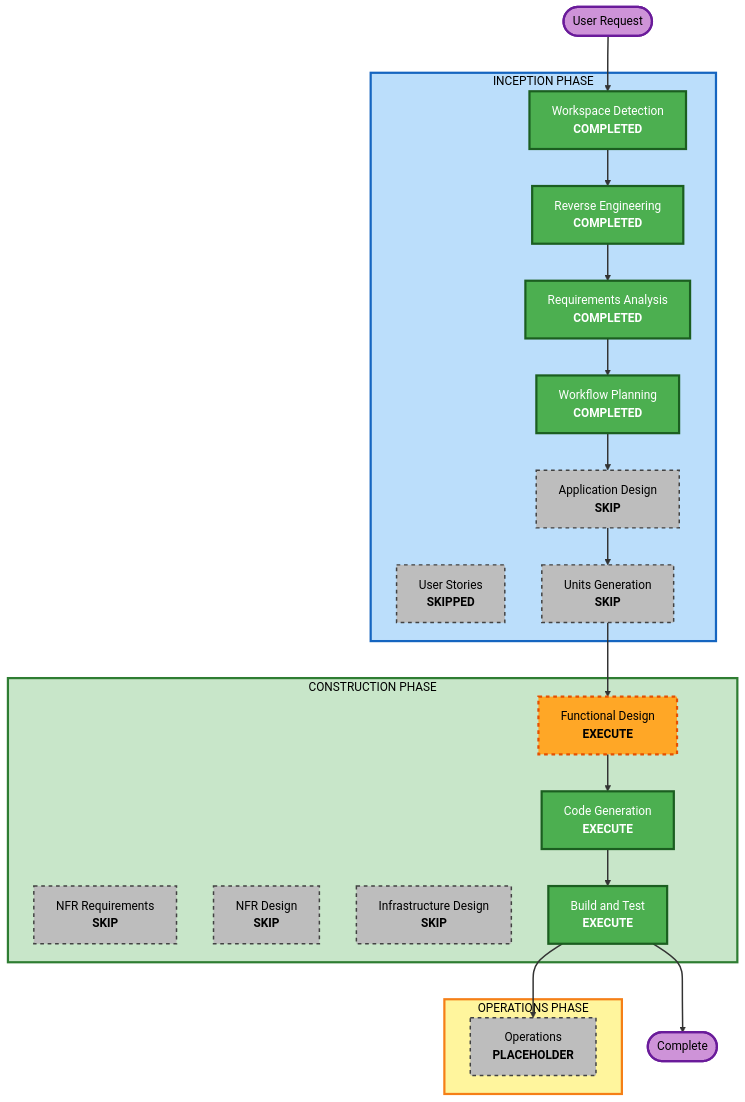
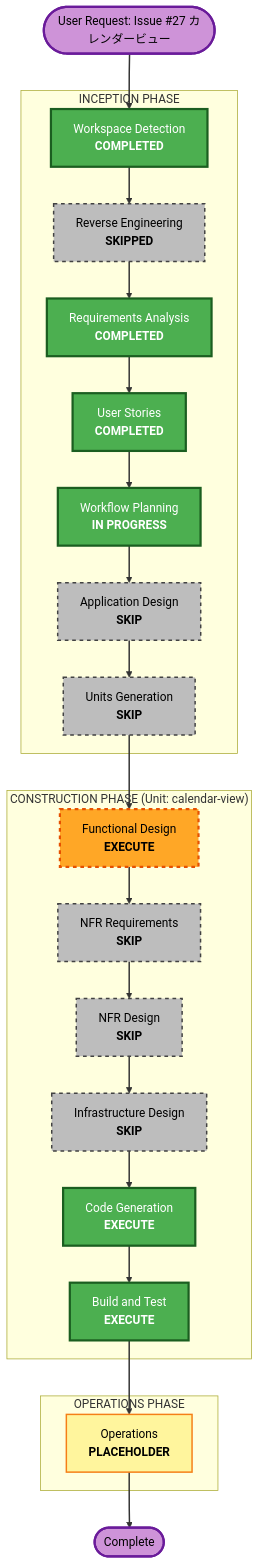
The diagram in Docs/spec/aidlc-docs/inception/plans/execution-plan.md (CHS-Training-Org/ai_training_for_chuo_system), drawn with Mermaid before and after one commit. The commit also changed other lines of this file and 19 other files, not shown here.

````diff
--- a/Docs/spec/aidlc-docs/inception/plans/execution-plan.md
+++ b/Docs/spec/aidlc-docs/inception/plans/execution-plan.md
@@ -45,61 +45,62 @@
 ```mermaid
 flowchart TD
-    Start(["User Request"])
+    Start(["User Request: Issue #27 カレンダービュー"])
 
     subgraph INCEPTION["INCEPTION PHASE"]
         WD["Workspace Detection<br/><b>COMPLETED</b>"]
-        RE["Reverse Engineering<br/><b>COMPLETED</b>"]
+        RE["Reverse Engineering<br/><b>SKIPPED</b>"]
         RA["Requirements Analysis<br/><b>COMPLETED</b>"]
-        US["User Stories<br/><b>SKIPPED</b>"]
-        WP["Workflow Planning<br/><b>COMPLETED</b>"]
+        US["User Stories<br/><b>COMPLETED</b>"]
+        WP["Workflow Planning<br/><b>IN PROGRESS</b>"]
         AD["Application Design<br/><b>SKIP</b>"]
         UG["Units Generation<br/><b>SKIP</b>"]
     end
 
-    subgraph CONSTRUCTION["CONSTRUCTION PHASE"]
+    subgraph CONSTRUCTION["CONSTRUCTION PHASE (Unit: calendar-view)"]
         FD["Functional Design<br/><b>EXECUTE</b>"]
         NFRA["NFR Requirements<br/><b>SKIP</b>"]
         NFRD["NFR Design<br/><b>SKIP</b>"]
         ID["Infrastructure Design<br/><b>SKIP</b>"]
         CG["Code Generation<br/><b>EXECUTE</b>"]
         BT["Build and Test<br/><b>EXECUTE</b>"]
     end
 
     subgraph OPERATIONS["OPERATIONS PHASE"]
         OPS["Operations<br/><b>PLACEHOLDER</b>"]
     end
 
     Start --> WD
     WD --> RE
     RE --> RA
-    RA --> WP
+    RA --> US
+    US --> WP
     WP --> AD
     AD --> UG
     UG --> FD
-    FD --> CG
+    FD --> NFRA
+    NFRA --> NFRD
+    NFRD --> ID
+    ID --> CG
     CG --> BT
     BT --> OPS
-    BT --> End(["Complete"])
+    OPS --> End(["Complete"])
 
     style WD fill:#4CAF50,stroke:#1B5E20,stroke-width:3px,color:#fff
-    style RE fill:#4CAF50,stroke:#1B5E20,stroke-width:3px,color:#fff
     style RA fill:#4CAF50,stroke:#1B5E20,stroke-width:3px,color:#fff
+    style US fill:#4CAF50,stroke:#1B5E20,stroke-width:3px,color:#fff
     style WP fill:#4CAF50,stroke:#1B5E20,stroke-width:3px,color:#fff
     style CG fill:#4CAF50,stroke:#1B5E20,stroke-width:3px,color:#fff
     style BT fill:#4CAF50,stroke:#1B5E20,stroke-width:3px,color:#fff
-    style US fill:#BDBDBD,stroke:#424242,stroke-width:2px,stroke-dasharray: 5 5,color:#000
+    style FD fill:#FFA726,stroke:#E65100,stroke-width:3px,stroke-dasharray: 5 5,color:#000
+    style RE fill:#BDBDBD,stroke:#424242,stroke-width:2px,stroke-dasharray: 5 5,color:#000
     style AD fill:#BDBDBD,stroke:#424242,stroke-width:2px,stroke-dasharray: 5 5,color:#000
     style UG fill:#BDBDBD,stroke:#424242,stroke-width:2px,stroke-dasharray: 5 5,color:#000
     style NFRA fill:#BDBDBD,stroke:#424242,stroke-width:2px,stroke-dasharray: 5 5,color:#000
     style NFRD fill:#BDBDBD,stroke:#424242,stroke-width:2px,stroke-dasharray: 5 5,color:#000
     style ID fill:#BDBDBD,stroke:#424242,stroke-width:2px,stroke-dasharray: 5 5,color:#000
-    style FD fill:#FFA726,stroke:#E65100,stroke-width:3px,stroke-dasharray: 5 5,color:#000
-    style OPS fill:#BDBDBD,stroke:#424242,stroke-width:2px,stroke-dasharray: 5 5,color:#000
-    style INCEPTION fill:#BBDEFB,stroke:#1565C0,stroke-width:3px,color:#000
-    style CONSTRUCTION fill:#C8E6C9,stroke:#2E7D32,stroke-width:3px,color:#000
-    style OPERATIONS fill:#FFF59D,stroke:#F57F17,stroke-width:3px,color:#000
+    style OPS fill:#FFF59D,stroke:#F57F17,stroke-width:2px,color:#000
     style Start fill:#CE93D8,stroke:#6A1B9A,stroke-width:3px,color:#000
     style End fill:#CE93D8,stroke:#6A1B9A,stroke-width:3px,color:#000
 
     linkStyle default stroke:#333,stroke-width:2px
 ```
````
